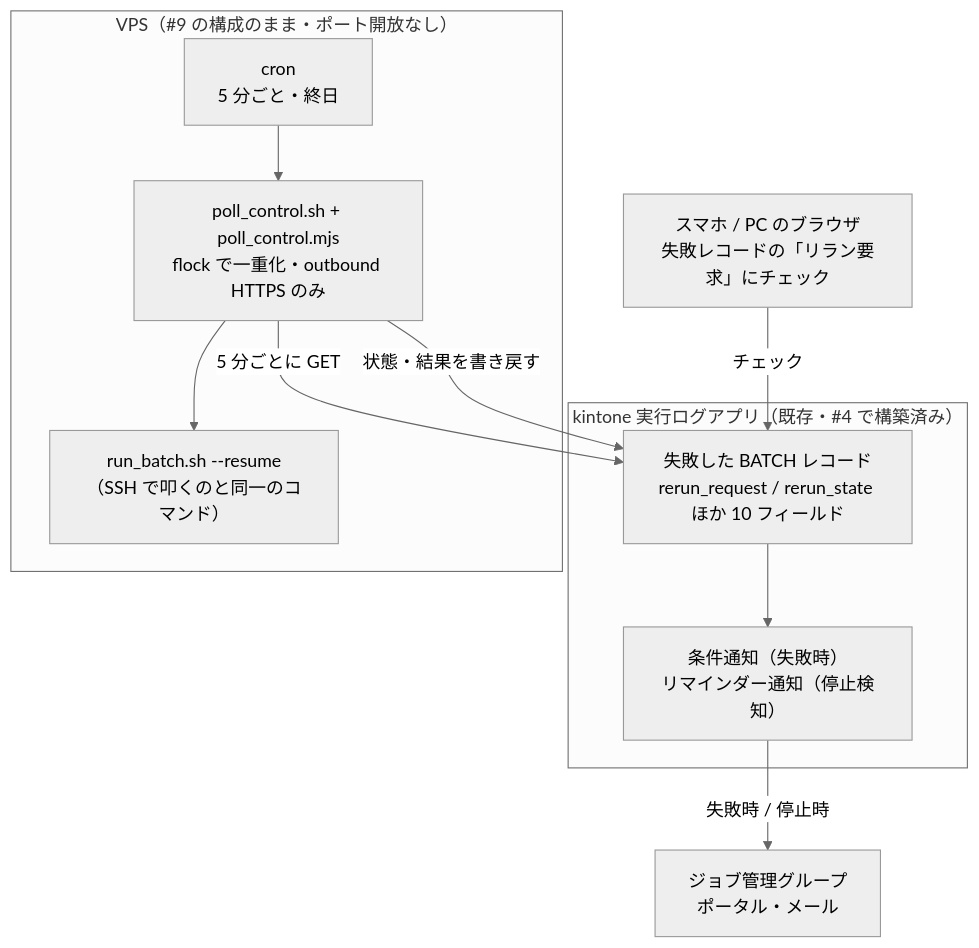
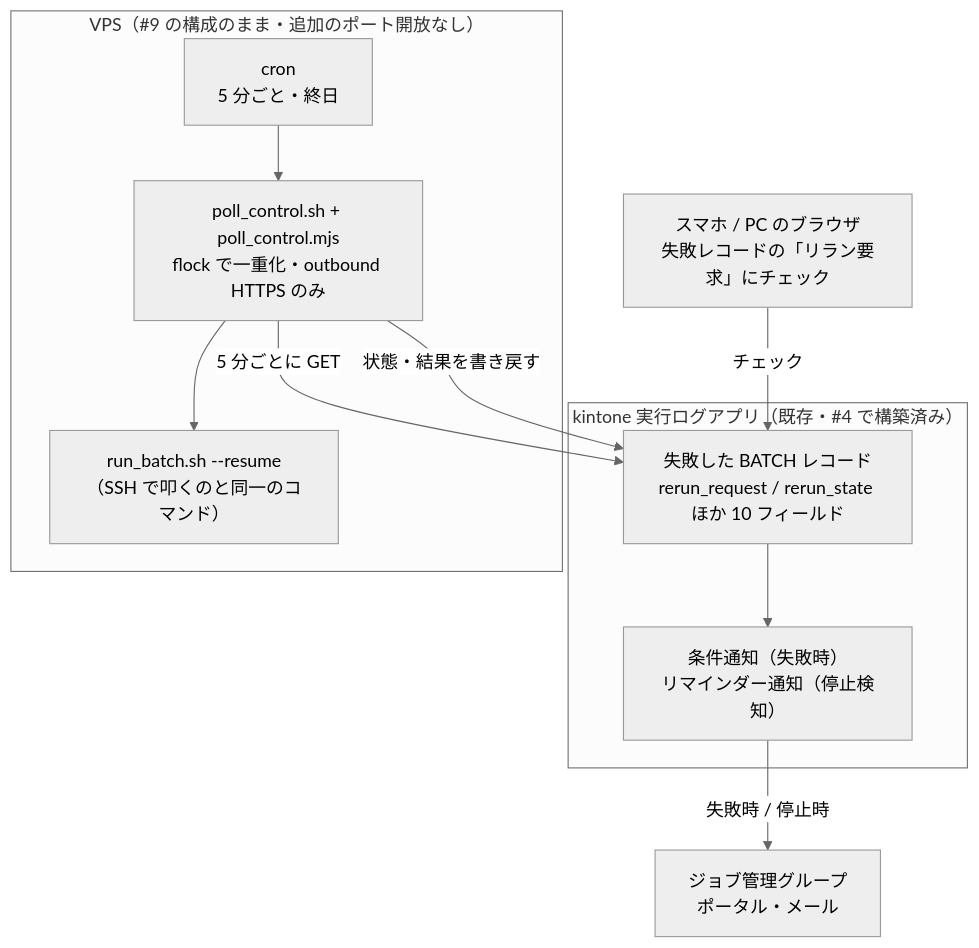
The diagram in docs/internal/qiita_draft_10_rerun_control.md (rex0220/ksql-flow), drawn with Mermaid (neutral theme) before and after one commit. The commit also changed other lines of this file and 2 other files, not shown here.

````diff
--- a/docs/internal/qiita_draft_10_rerun_control.md
+++ b/docs/internal/qiita_draft_10_rerun_control.md
@@ -113,21 +113,21 @@
 ```mermaid
 flowchart TB
     PHONE["スマホ / PC のブラウザ<br>失敗レコードの「リラン要求」にチェック"]
     subgraph kin["kintone 実行ログアプリ（既存・#4 で構築済み）"]
         REC["失敗した BATCH レコード<br>rerun_request / rerun_state ほか 10 フィールド"]
         NTF["条件通知（失敗時）<br>リマインダー通知（停止検知）"]
         REC --> NTF
     end
-    subgraph vps["VPS（#9 の構成のまま・ポート開放なし）"]
+    subgraph vps["VPS（#9 の構成のまま・追加のポート開放なし）"]
         CRON["cron<br>5 分ごと・終日"]
         POLL["poll_control.sh + poll_control.mjs<br>flock で一重化・outbound HTTPS のみ"]
         RUN["run_batch.sh --resume<br>（SSH で叩くのと同一のコマンド）"]
         CRON --> POLL --> RUN
     end
     GRP["ジョブ管理グループ<br>ポータル・メール"]
 
     PHONE -->|"チェック"| REC
     POLL -->|"5 分ごとに GET"| REC
     POLL -->|"状態・結果を書き戻す"| REC
     NTF -->|"失敗時 / 停止時"| GRP
 ```
````
